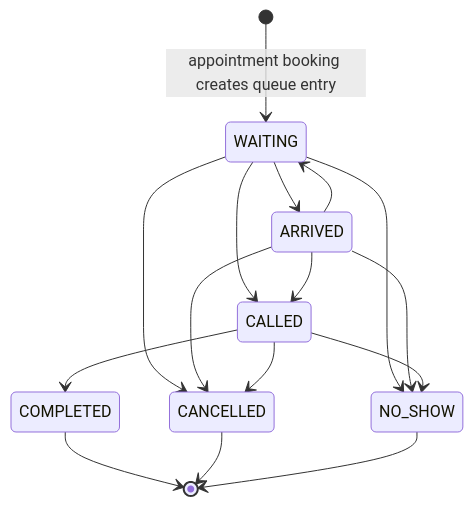
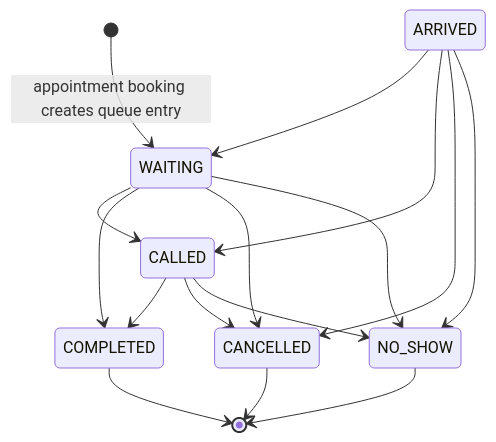
The sixth of 10 diagrams in docs/diagrams/REVIEWER_DIAGRAMS.md (garvitsingh171/pravaah), drawn with Mermaid before and after one commit. The commit also changed other lines of this file and 19 other files, not shown here.

````diff
--- a/docs/diagrams/REVIEWER_DIAGRAMS.md
+++ b/docs/diagrams/REVIEWER_DIAGRAMS.md
@@ -119,18 +119,18 @@
 ```mermaid
 stateDiagram-v2
     [*] --> WAITING: appointment booking creates queue entry
-    WAITING --> ARRIVED
     ARRIVED --> WAITING
+    ARRIVED --> CALLED
+    ARRIVED --> CANCELLED
+    ARRIVED --> NO_SHOW
     WAITING --> CALLED
-    ARRIVED --> CALLED
+    WAITING --> COMPLETED
+    WAITING --> CANCELLED
+    WAITING --> NO_SHOW
     CALLED --> COMPLETED
-    WAITING --> CANCELLED
-    ARRIVED --> CANCELLED
     CALLED --> CANCELLED
-    WAITING --> NO_SHOW
-    ARRIVED --> NO_SHOW
     CALLED --> NO_SHOW
     COMPLETED --> [*]
     CANCELLED --> [*]
     NO_SHOW --> [*]
 ```
````
